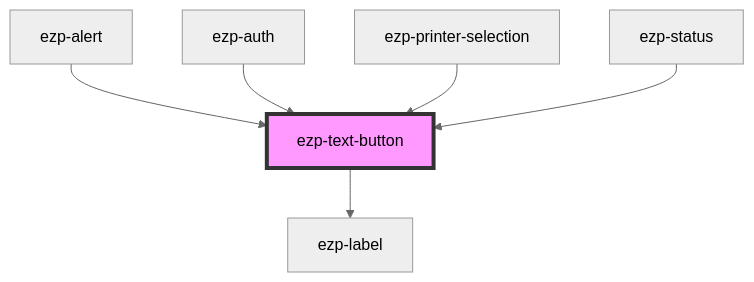
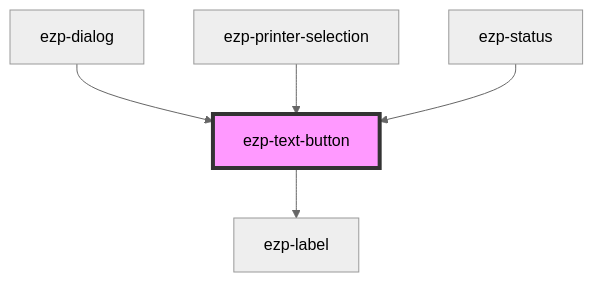
Before and after one commit to ezeep/ezeep-js: the diagram in src/components/ezp-text-button/readme.md, drawn with Mermaid (neutral theme). The commit also changed other lines of this file and 20 other files, not shown here.

Commit message:
Introduce reusable dialog component; Refactor auth component

````diff
--- a/src/components/ezp-text-button/readme.md
+++ b/src/components/ezp-text-button/readme.md
@@ -32,9 +31,8 @@
 ```mermaid
 graph TD;
   ezp-text-button --> ezp-label
-  ezp-alert --> ezp-text-button
-  ezp-auth --> ezp-text-button
+  ezp-dialog --> ezp-text-button
   ezp-printer-selection --> ezp-text-button
   ezp-status --> ezp-text-button
   style ezp-text-button fill:#f9f,stroke:#333,stroke-width:4px
 ```
````
